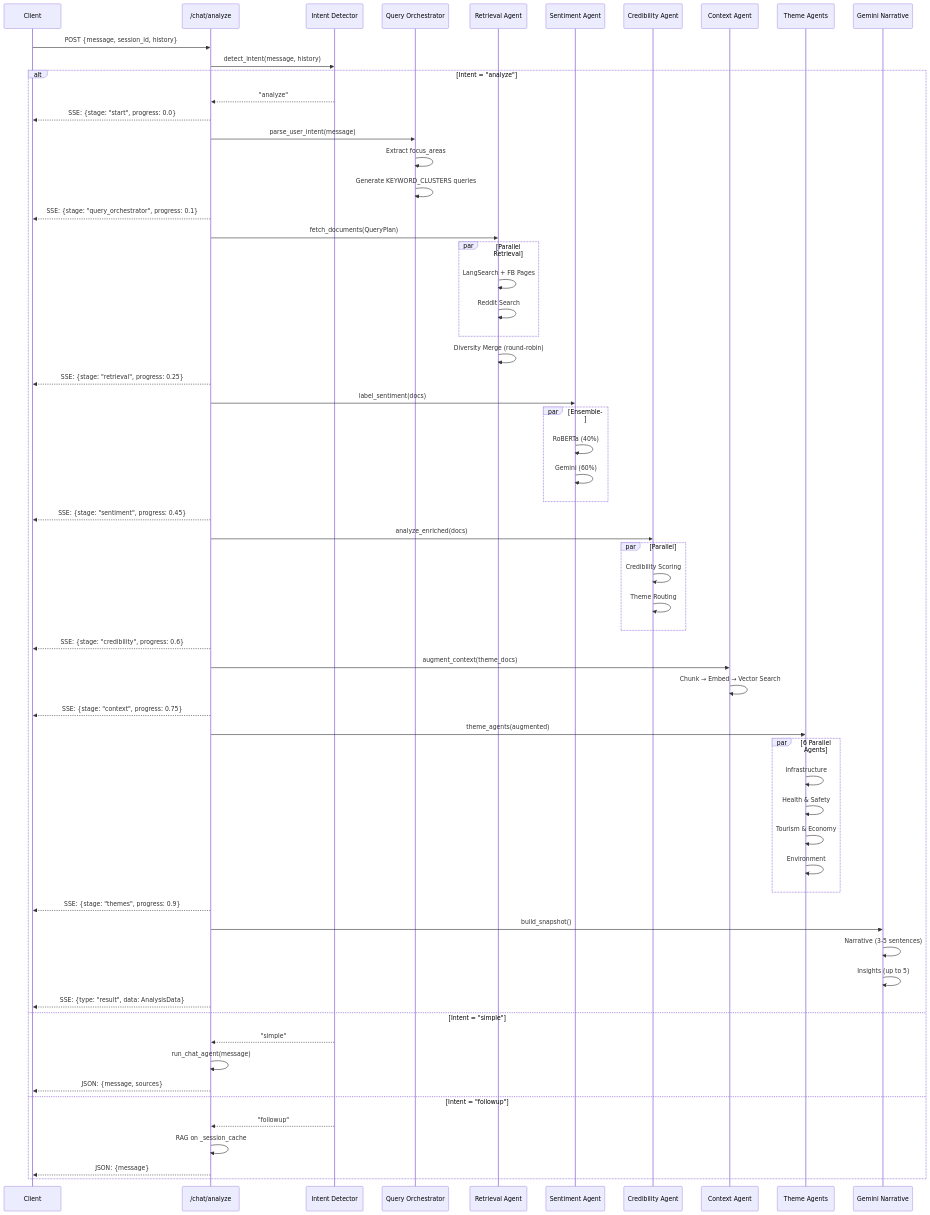
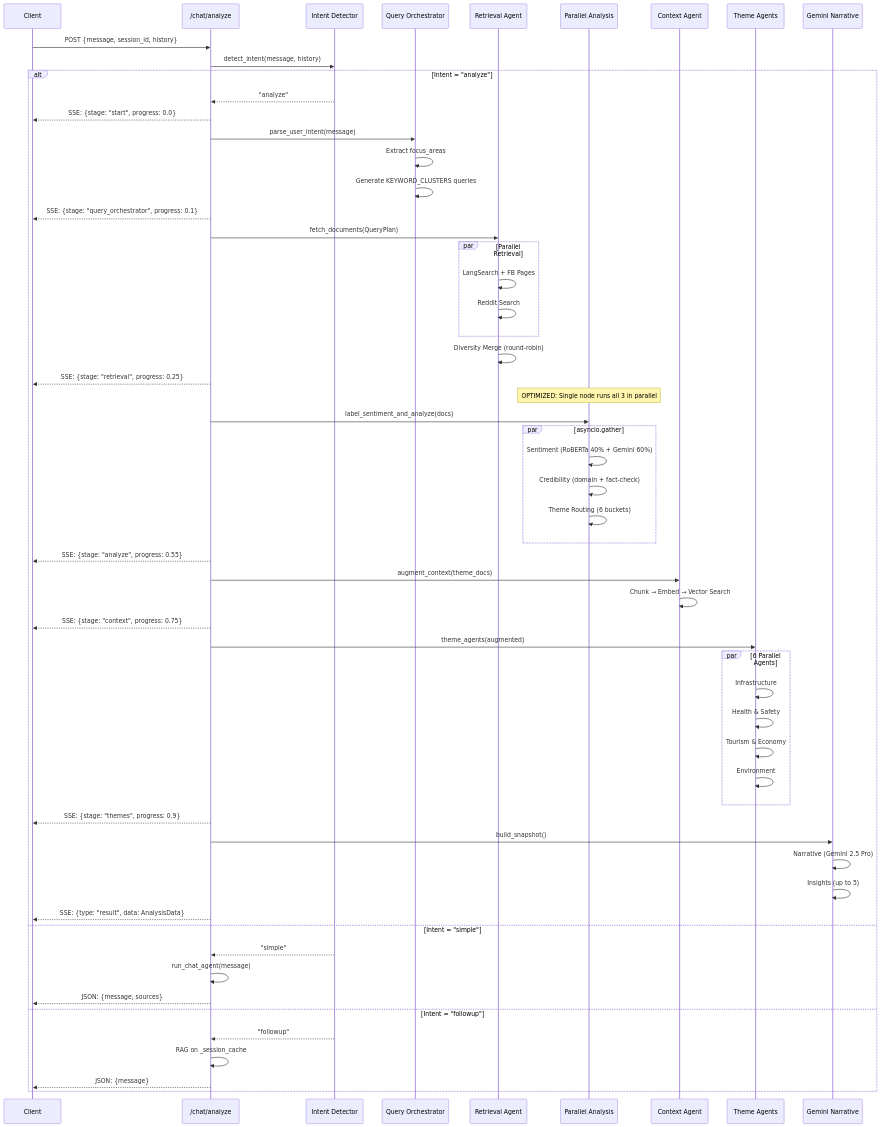
One commit to donyelqt/Hinaing changed the second of 9 diagrams in docs/CHAT_ARCHITECTURE.md. Above: the diagram before and after it, drawn with Mermaid. The commit also changed other lines of this file and 15 other files, not shown here.

Commit message:
feat: Implement sentiment analysis and insight generation with Gemini NLP, AI agents, and a new frontend generator hook.

````diff
--- a/docs/CHAT_ARCHITECTURE.md
+++ b/docs/CHAT_ARCHITECTURE.md
@@ -121,78 +120,72 @@
 ```mermaid
 sequenceDiagram
     participant Client
     participant API as /chat/analyze
     participant ID as Intent Detector
     participant QO as Query Orchestrator
     participant RA as Retrieval Agent
-    participant SA as Sentiment Agent
-    participant CA as Credibility Agent
+    participant ANALYZE as Parallel Analysis
     participant CTX as Context Agent
     participant TA as Theme Agents
     participant GC as Gemini Narrative
 
     Client->>API: POST {message, session_id, history}
     API->>ID: detect_intent(message, history)
     
     alt Intent = "analyze"
         ID-->>API: "analyze"
         
         API-->>Client: SSE: {stage: "start", progress: 0.0}
         
         API->>QO: parse_user_intent(message)
         QO->>QO: Extract focus_areas
         QO->>QO: Generate KEYWORD_CLUSTERS queries
         API-->>Client: SSE: {stage: "query_orchestrator", progress: 0.1}
         
         API->>RA: fetch_documents(QueryPlan)
         par Parallel Retrieval
             RA->>RA: LangSearch + FB Pages
             RA->>RA: Reddit Search
         end
         RA->>RA: Diversity Merge (round-robin)
         API-->>Client: SSE: {stage: "retrieval", progress: 0.25}
         
-        API->>SA: label_sentiment(docs)
-        par Ensemble
-            SA->>SA: RoBERTa (40%)
-            SA->>SA: Gemini (60%)
+        Note over ANALYZE: OPTIMIZED: Single node runs all 3 in parallel
+        API->>ANALYZE: label_sentiment_and_analyze(docs)
+        par asyncio.gather
+            ANALYZE->>ANALYZE: Sentiment (RoBERTa 40% + Gemini 60%)
+            ANALYZE->>ANALYZE: Credibility (domain + fact-check)
+            ANALYZE->>ANALYZE: Theme Routing (6 buckets)
         end
-        API-->>Client: SSE: {stage: "sentiment", progress: 0.45}
-        
-        API->>CA: analyze_enriched(docs)
-        par Parallel
-            CA->>CA: Credibility Scoring
-            CA->>CA: Theme Routing
-        end
-        API-->>Client: SSE: {stage: "credibility", progress: 0.6}
+        API-->>Client: SSE: {stage: "analyze", progress: 0.55}
         
         API->>CTX: augment_context(theme_docs)
         CTX->>CTX: Chunk → Embed → Vector Search
         API-->>Client: SSE: {stage: "context", progress: 0.75}
         
         API->>TA: theme_agents(augmented)
         par 6 Parallel Agents
             TA->>TA: Infrastructure
             TA->>TA: Health & Safety
             TA->>TA: Tourism & Economy
             TA->>TA: Environment
         end
         API-->>Client: SSE: {stage: "themes", progress: 0.9}
         
         API->>GC: build_snapshot()
-        GC->>GC: Narrative (3-5 sentences)
+        GC->>GC: Narrative (Gemini 2.5 Pro)
         GC->>GC: Insights (up to 5)
         
         API-->>Client: SSE: {type: "result", data: AnalysisData}
         
     else Intent = "simple"
         ID-->>API: "simple"
         API->>API: run_chat_agent(message)
         API-->>Client: JSON: {message, sources}
         
     else Intent = "followup"
         ID-->>API: "followup"
         API->>API: RAG on _session_cache
         API-->>Client: JSON: {message}
     end
 ```
````
